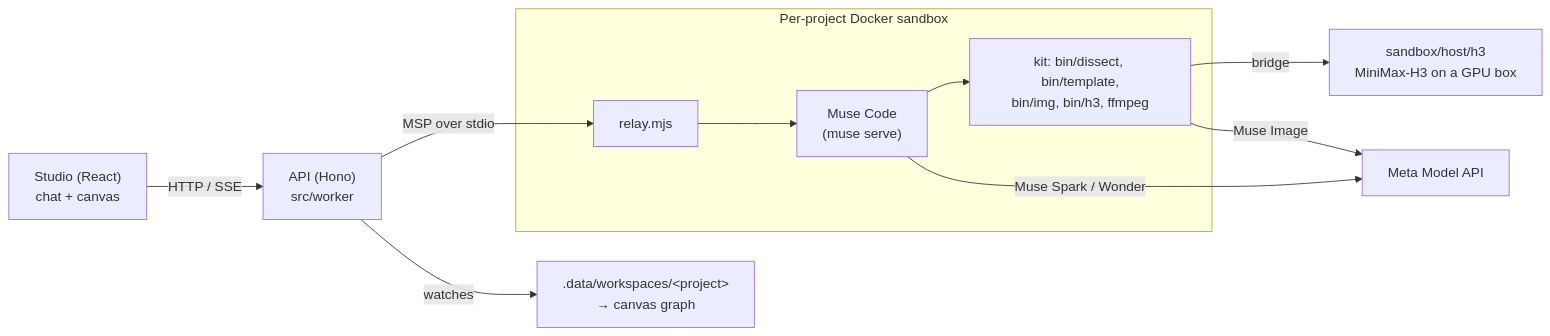
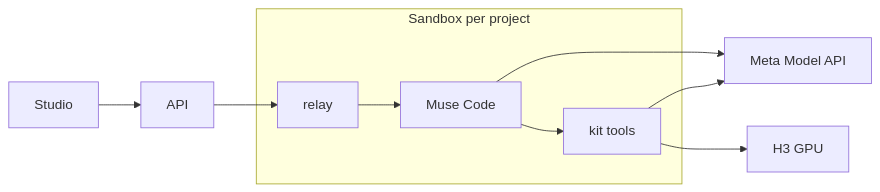
Before and after one commit to treksis/Shotprint: the diagram in README.md, drawn with Mermaid. The commit also changed other lines of this file and 2 other files, not shown here.

````diff
--- a/README.md
+++ b/README.md
@@ -77,13 +26,11 @@
 ```mermaid
 flowchart LR
-  UI["Studio (React)<br/>chat + canvas"] -- HTTP / SSE --> API["API (Hono)<br/>src/worker"]
-  API -- MSP over stdio --> R["relay.mjs"]
-  subgraph Per-project Docker sandbox
-    R --> MC["Muse Code<br/>(muse serve)"]
-    MC --> KIT["kit: bin/dissect, bin/template,<br/>bin/img, bin/h3, ffmpeg"]
+  UI[Studio] --> API[API]
+  API --> R[relay]
+  subgraph Sandbox per project
+    R --> MC[Muse Code] --> KIT[kit tools]
   end
-  KIT -- bridge --> H3["sandbox/host/h3<br/>MiniMax-H3 on a GPU box"]
-  KIT -- Muse Image --> META["Meta Model API"]
-  MC -- Muse Spark / Wonder --> META
-  API -- watches --> WS[".data/workspaces/&lt;project&gt;<br/>→ canvas graph"]
+  MC --> META[Meta Model API]
+  KIT --> META
+  KIT --> H3[H3 GPU]
 ```
````
